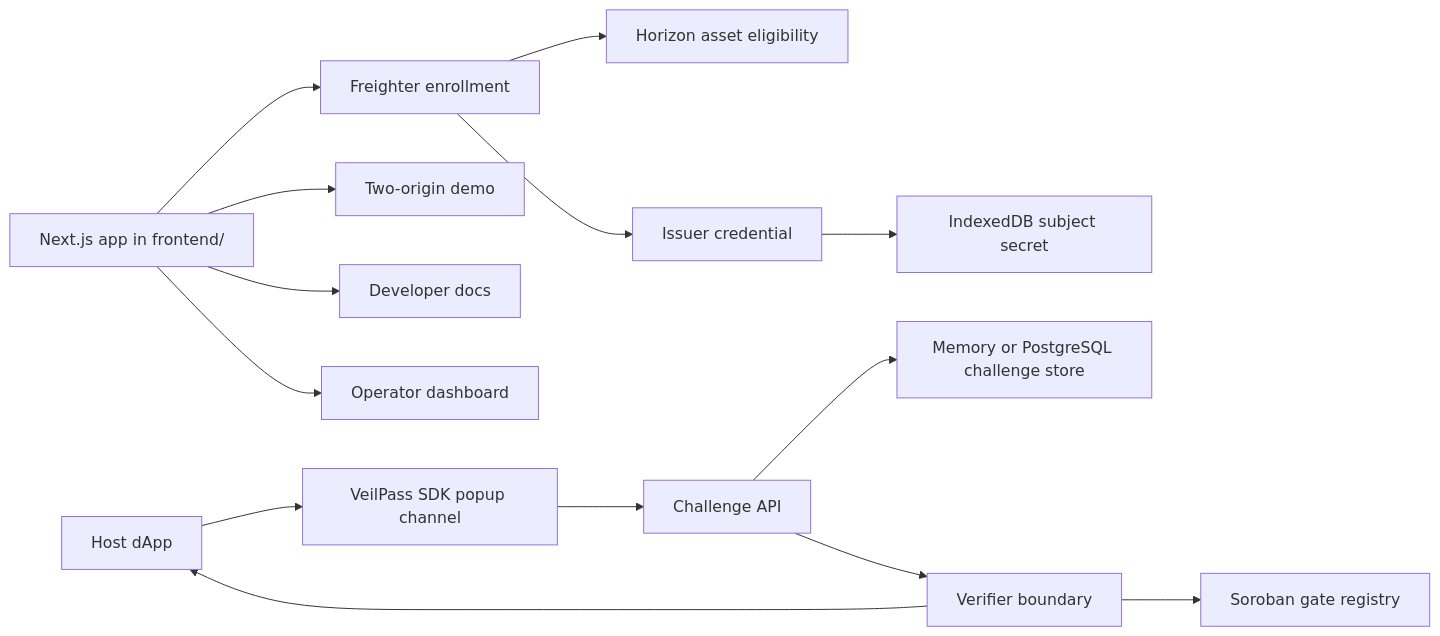
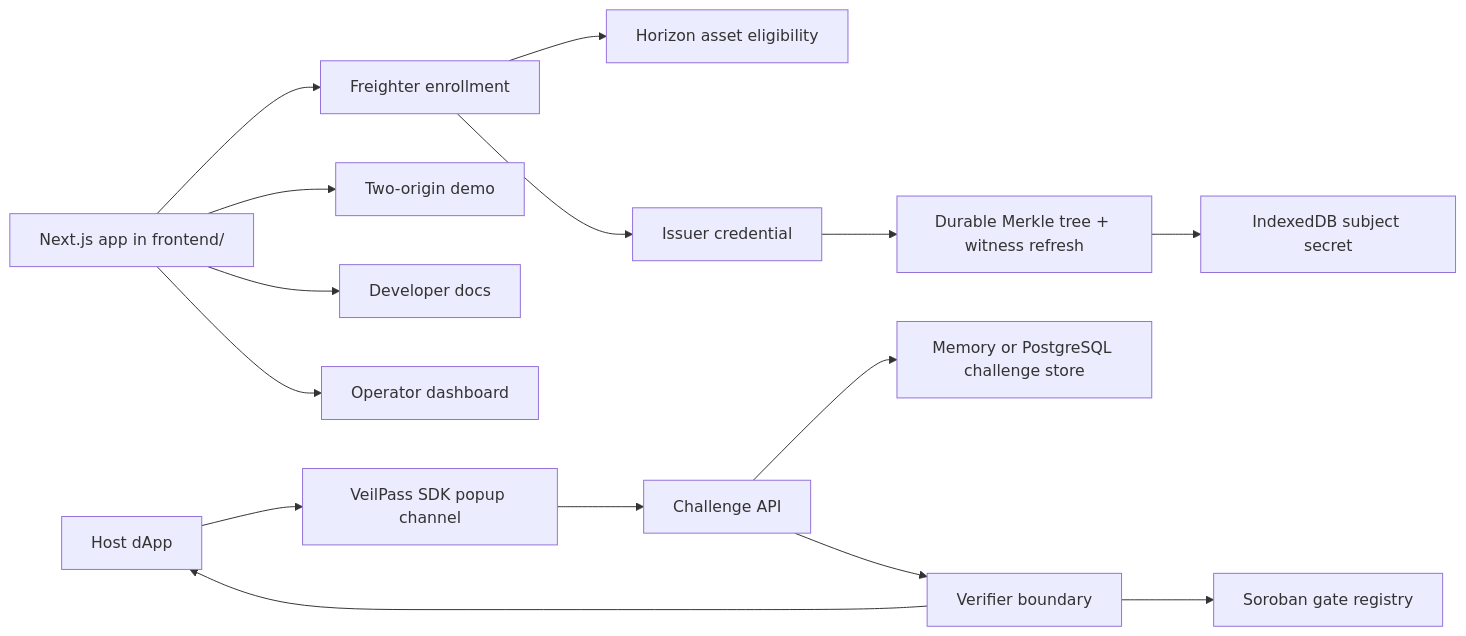
The second of 2 diagrams in README.md (irham3/veilpass), drawn with Mermaid before and after one commit. The commit also changed other lines of this file and 11 other files, not shown here.

````diff
--- a/README.md
+++ b/README.md
@@ -98,18 +100,19 @@
 ```mermaid
 flowchart LR
   Frontend["Next.js app in frontend/"] --> Enrollment["Freighter enrollment"]
   Frontend --> Demo["Two-origin demo"]
   Frontend --> Docs["Developer docs"]
   Frontend --> Dashboard["Operator dashboard"]
 
   Enrollment --> Eligibility["Horizon asset eligibility"]
   Enrollment --> Credential["Issuer credential"]
-  Credential --> LocalSecret["IndexedDB subject secret"]
+  Credential --> Tree["Durable Merkle tree + witness refresh"]
+  Tree --> LocalSecret["IndexedDB subject secret"]
 
   Host["Host dApp"] --> SDK["VeilPass SDK popup channel"]
   SDK --> Challenge["Challenge API"]
   Challenge --> Store["Memory or PostgreSQL challenge store"]
   Challenge --> Verifier["Verifier boundary"]
   Verifier --> Contract["Soroban gate registry"]
   Verifier --> Host
 ```
````
